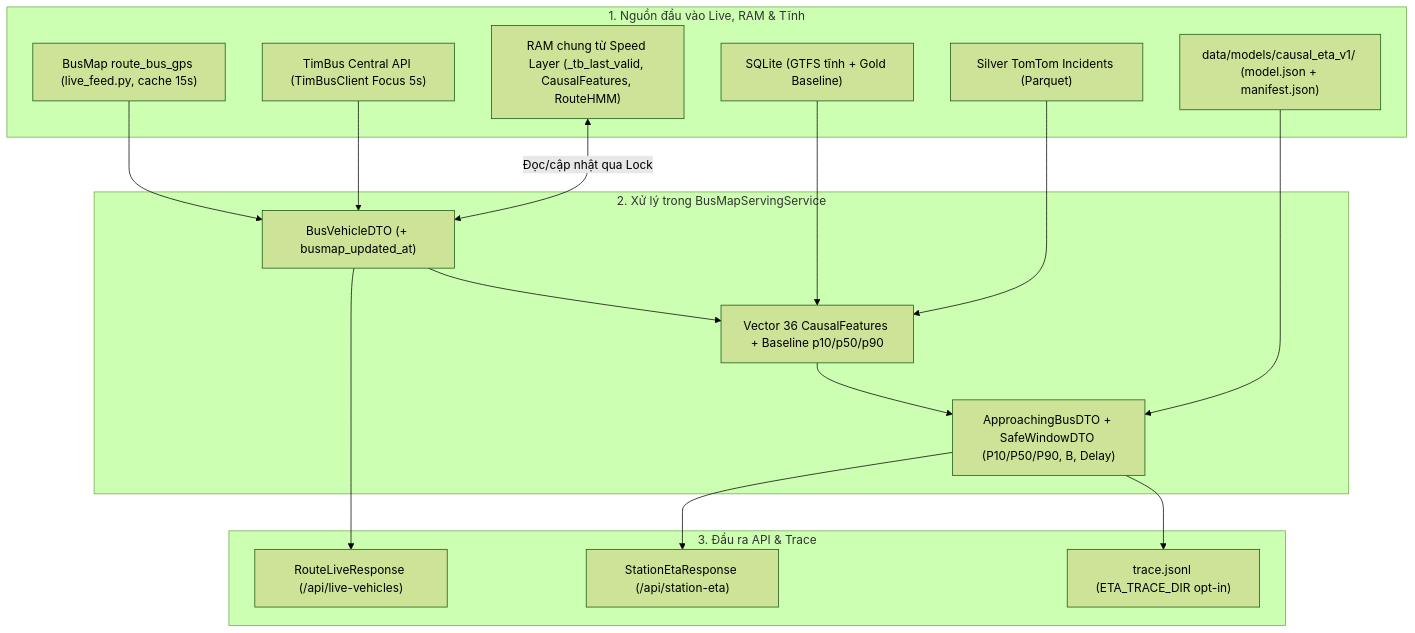
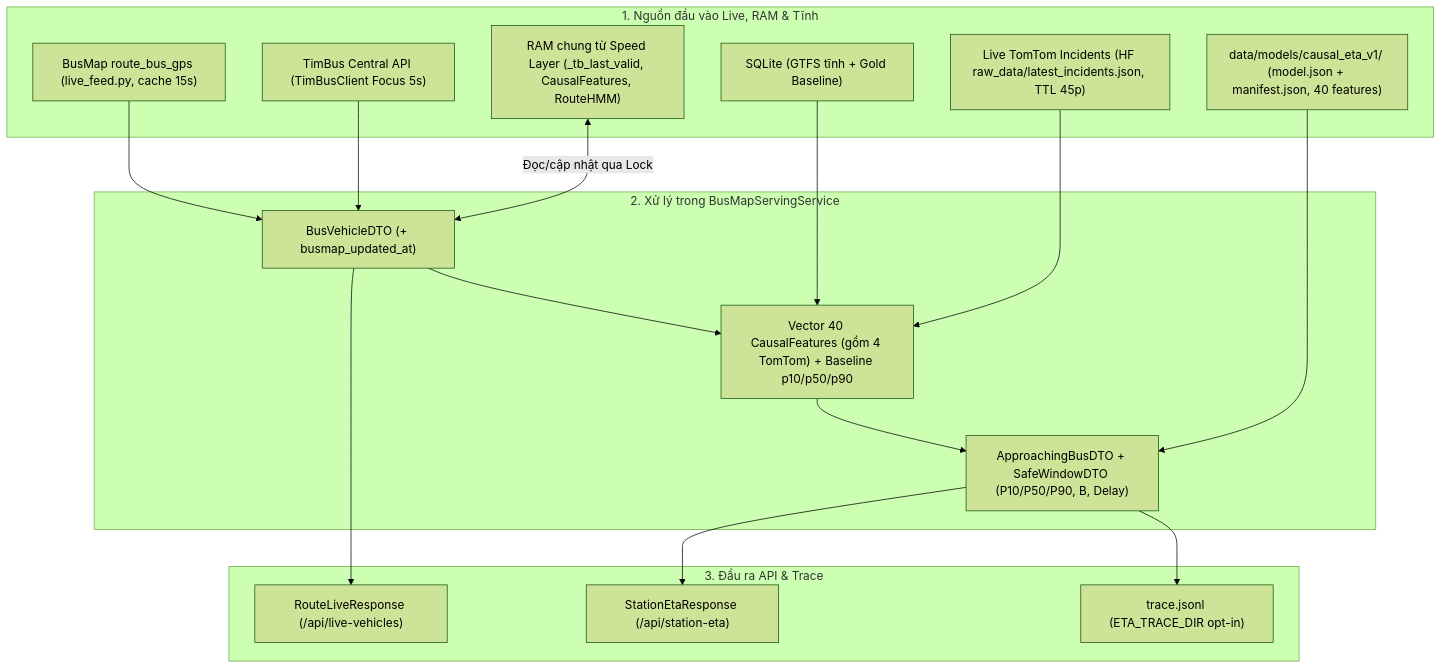
The first of 2 diagrams in docs/SERVING_LAYER_PIPELINE.md (toibinguz/Bus_tracking), drawn with Mermaid (forest theme) before and after one commit. The commit also changed other lines of this file and 12 other files, not shown here.

````diff
--- a/docs/SERVING_LAYER_PIPELINE.md
+++ b/docs/SERVING_LAYER_PIPELINE.md
@@ -10,30 +10,30 @@
 ```mermaid
 flowchart TD
     subgraph SRC["1. Nguồn đầu vào Live, RAM & Tĩnh"]
         BM["BusMap route_bus_gps (live_feed.py, cache 15s)"]
         TB["TimBus Central API (TimBusClient Focus 5s)"]
         RAM["RAM chung từ Speed Layer (_tb_last_valid, CausalFeatures, RouteHMM)"]
         SQL["SQLite (GTFS tĩnh + Gold Baseline)"]
-        INC["Silver TomTom Incidents (Parquet)"]
-        MOD["data/models/causal_eta_v1/ (model.json + manifest.json)"]
+        INC["Live TomTom Incidents (HF raw_data/latest_incidents.json, TTL 45p)"]
+        MOD["data/models/causal_eta_v1/ (model.json + manifest.json, 40 features)"]
     end
 
     subgraph PROC["2. Xử lý trong BusMapServingService"]
         DTO_RAW["BusVehicleDTO (+ busmap_updated_at)"]
-        FEAT["Vector 36 CausalFeatures + Baseline p10/p50/p90"]
+        FEAT["Vector 40 CausalFeatures (gồm 4 TomTom) + Baseline p10/p50/p90"]
         ETA["ApproachingBusDTO + SafeWindowDTO (P10/P50/P90, B, Delay)"]
     end
 
     subgraph OUT["3. Đầu ra API & Trace"]
         RES_LIVE["RouteLiveResponse (/api/live-vehicles)"]
         RES_ETA["StationEtaResponse (/api/station-eta)"]
         TRC["trace.jsonl (ETA_TRACE_DIR opt-in)"]
     end
 
     BM & TB --> DTO_RAW
     RAM <-->|"Đọc/cập nhật qua Lock"| DTO_RAW
     DTO_RAW --> RES_LIVE
     DTO_RAW & SQL & INC --> FEAT
     FEAT & MOD --> ETA
     ETA --> RES_ETA & TRC
 ```
````
